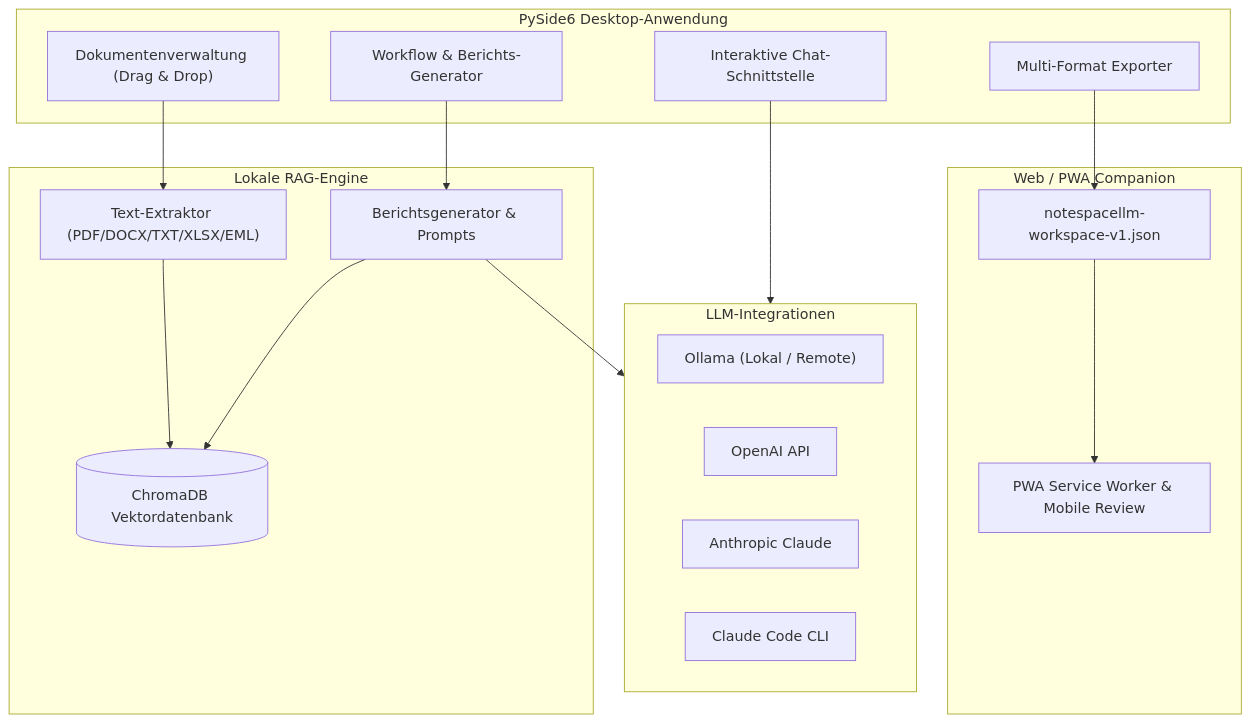
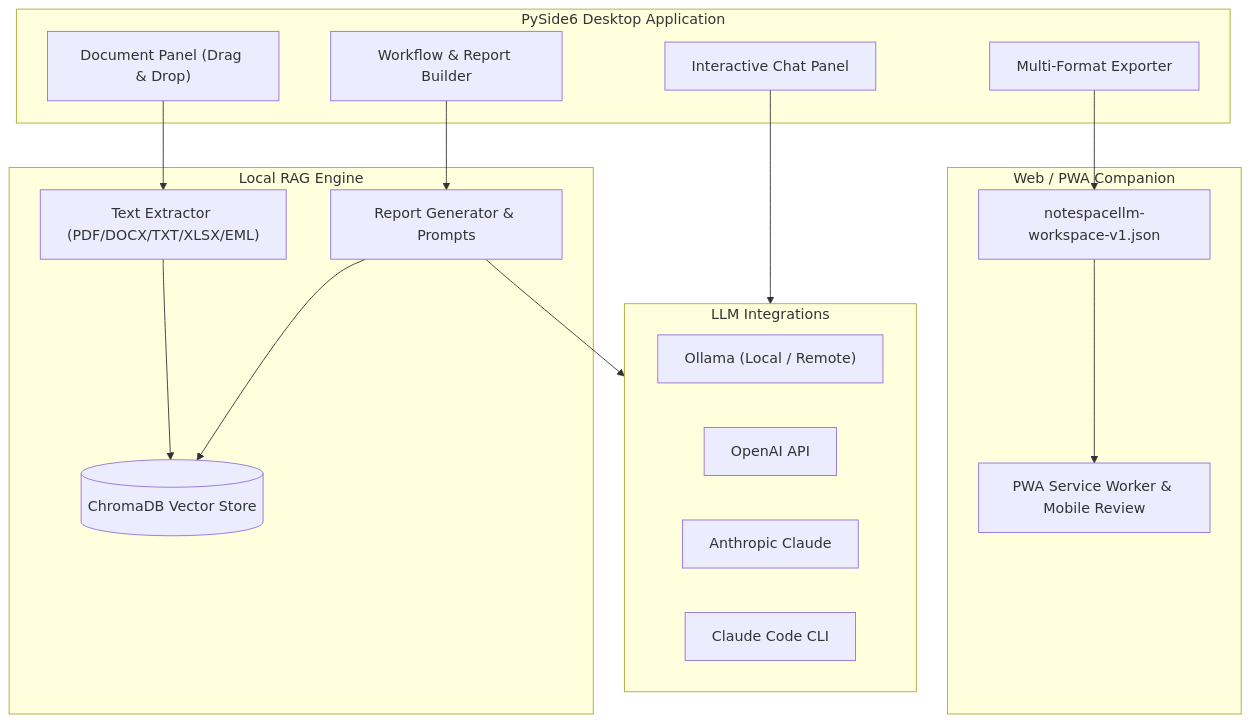
One commit to file-bricks/NoteSpaceLLM changed the diagram in README_de.md. Above: the diagram before and after it, drawn with Mermaid. The commit also changed other lines of this file and 20 other files, not shown here.

````diff
--- a/README_de.md
+++ b/README_de.md
@@ -49,36 +60,36 @@
 ```mermaid
 graph TD
-    subgraph UI ["PySide6 Desktop-Anwendung"]
-        DP["Dokumentenverwaltung (Drag & Drop)"]
-        WP["Workflow & Berichts-Generator"]
-        CP["Interaktive Chat-Schnittstelle"]
+    subgraph UI ["PySide6 Desktop Application"]
+        DP["Document Panel (Drag & Drop)"]
+        WP["Workflow & Report Builder"]
+        CP["Interactive Chat Panel"]
         OP["Multi-Format Exporter"]
     end
 
-    subgraph Engine ["Lokale RAG-Engine"]
-        TE["Text-Extraktor (PDF/DOCX/TXT/XLSX/EML)"]
-        CDB[("ChromaDB Vektordatenbank")]
-        RM["Berichtsgenerator & Prompts"]
+    subgraph Engine ["Local RAG Engine"]
+        TE["Text Extractor (PDF/DOCX/TXT/XLSX/EML)"]
+        CDB[("ChromaDB Vector Store")]
+        RM["Report Generator & Prompts"]
     end
 
-    subgraph LLM ["LLM-Integrationen"]
-        OL["Ollama (Lokal / Remote)"]
+    subgraph LLM ["LLM Integrations"]
+        OL["Ollama (Local / Remote)"]
         OAI["OpenAI API"]
         ANT["Anthropic Claude"]
         CC["Claude Code CLI"]
     end
 
     subgraph PWA ["Web / PWA Companion"]
         JSON["notespacellm-workspace-v1.json"]
         SW["PWA Service Worker & Mobile Review"]
     end
 
     DP --> TE
     TE --> CDB
     WP --> RM
     RM --> CDB
     RM --> LLM
     CP --> LLM
     OP --> JSON
     JSON --> SW
 ```
````
